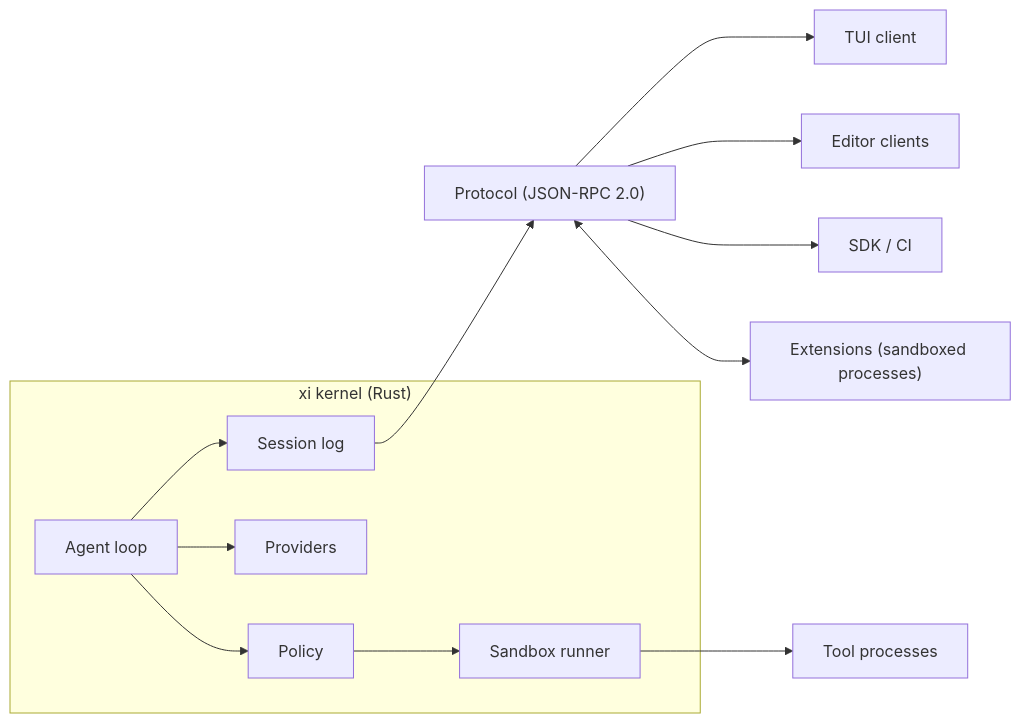
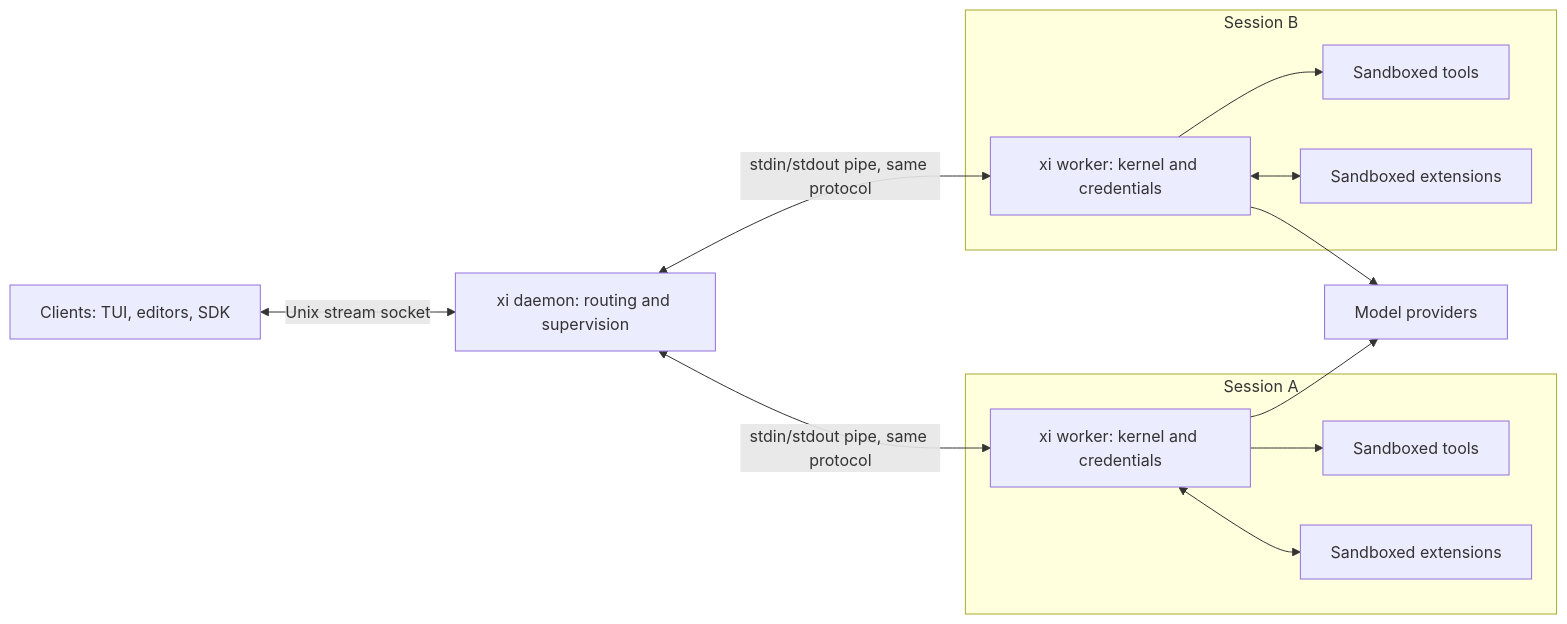
One commit to solforged/xi changed the diagram in docs/design.md. Above: the diagram before and after it, drawn with Mermaid. The commit also changed other lines of this file and 1 other file, not shown here.

First line of the commit message:
docs: designed the per-user daemon and per-session worker topology

````diff
--- a/docs/design.md
+++ b/docs/design.md
@@ -36,15 +36,18 @@
 ```mermaid
 flowchart LR
-  subgraph Kernel["xi kernel (Rust)"]
-    Loop["Agent loop"] --> Log["Session log"]
-    Loop --> Prov["Providers"]
-    Loop --> Pol["Policy"]
-    Pol --> SB["Sandbox runner"]
+  Clients["Clients: TUI, editors, SDK"] <-->|Unix stream socket| Daemon["xi daemon: routing and supervision"]
+  subgraph SessionA["Session A"]
+    WorkerA["xi worker: kernel and credentials"]
+    WorkerA --> ToolsA["Sandboxed tools"]
+    WorkerA <--> ExtensionsA["Sandboxed extensions"]
   end
-  Log --> Bus["Protocol (JSON-RPC 2.0)"]
-  Bus --> TUI["TUI client"]
-  Bus --> Editors["Editor clients"]
-  Bus --> Headless["SDK / CI"]
-  Bus <--> Ext["Extensions (sandboxed processes)"]
-  SB --> Tools["Tool processes"]
+  subgraph SessionB["Session B"]
+    WorkerB["xi worker: kernel and credentials"]
+    WorkerB --> ToolsB["Sandboxed tools"]
+    WorkerB <--> ExtensionsB["Sandboxed extensions"]
+  end
+  Daemon <-->|"stdin/stdout pipe, same protocol"| WorkerA
+  Daemon <-->|"stdin/stdout pipe, same protocol"| WorkerB
+  WorkerA --> Providers["Model providers"]
+  WorkerB --> Providers
 ```
````
